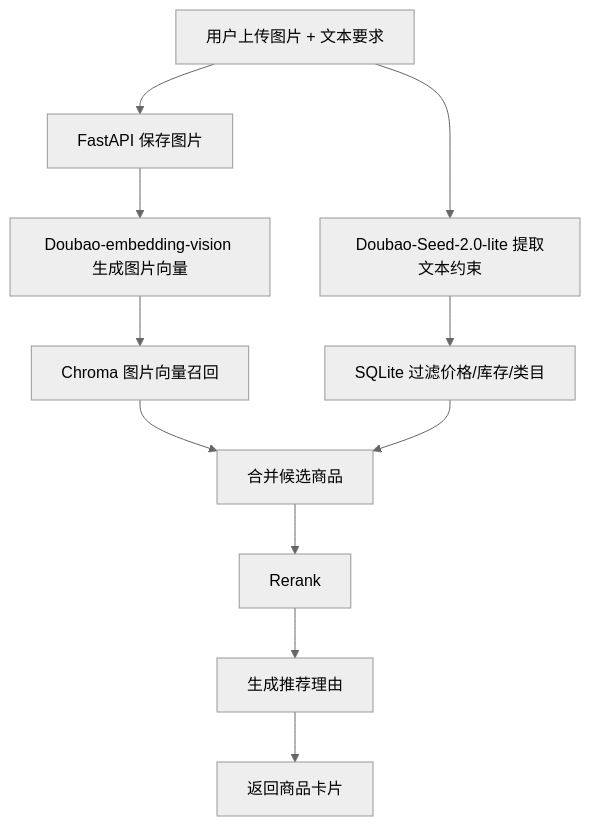
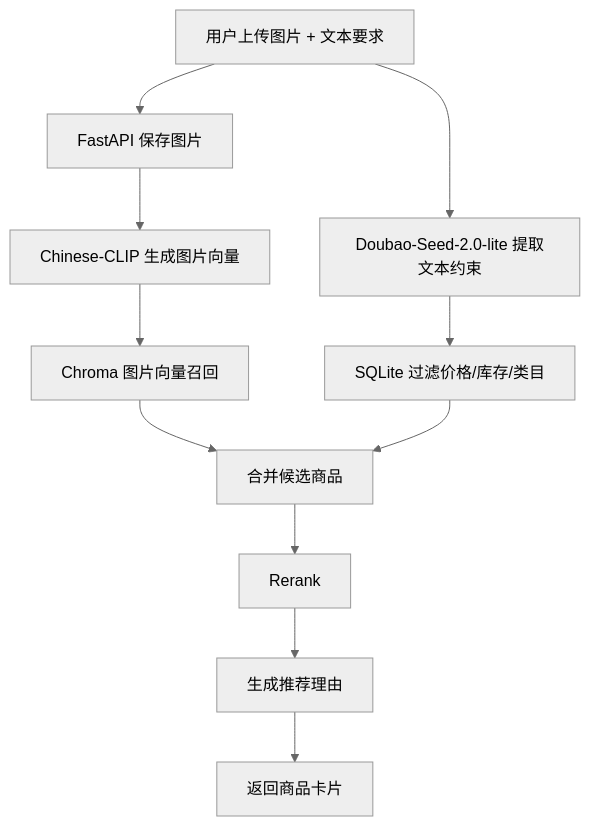
One commit to zzcy20122013/commerce-rag-agent changed the fifth of 6 diagrams in 基于RAG的多模态电商智能导购Agent方案.md. Above: the diagram before and after it, drawn with Mermaid (neutral theme). The commit also changed other lines of this file and 33 other files, not shown here.

````diff
--- a/基于RAG的多模态电商智能导购Agent方案.md
+++ b/基于RAG的多模态电商智能导购Agent方案.md
@@ -556,13 +556,13 @@
 ```mermaid
 flowchart TD
     A["用户上传图片 + 文本要求"] --> B["FastAPI 保存图片"]
-    B --> C["Doubao-embedding-vision 生成图片向量"]
+    B --> C["Chinese-CLIP 生成图片向量"]
     C --> D["Chroma 图片向量召回"]
     A --> E["Doubao-Seed-2.0-lite 提取文本约束"]
     E --> F["SQLite 过滤价格/库存/类目"]
     D --> G["合并候选商品"]
     F --> G
     G --> H["Rerank"]
     H --> I["生成推荐理由"]
     I --> J["返回商品卡片"]
 ```
````
